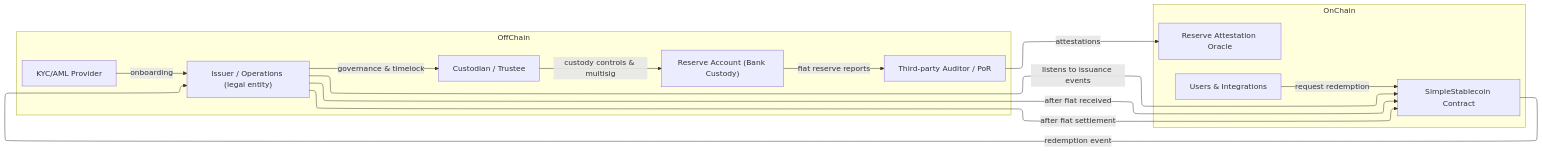
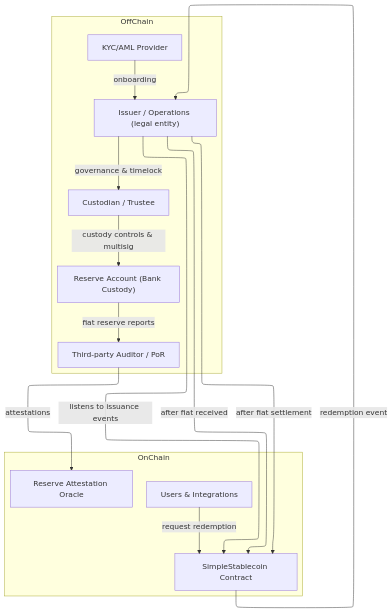
Before and after one commit to SaeedRafay/micar-aware-stablecoin-system: the diagram in ARCHITECTURE.md, drawn with Mermaid.

Commit message:
mermaid diagram updated

````diff
--- a/ARCHITECTURE.md
+++ b/ARCHITECTURE.md
@@ -70,31 +70,31 @@
 ```mermaid
 ---
 config:
   layout: elk
 ---
-flowchart LR
+flowchart TB
   subgraph OffChain
     BankCustody["Reserve Account (Bank Custody)"]
     Custodian["Custodian / Trustee"]
     IssuerOp["Issuer / Operations (legal entity)"]
     Auditor["Third-party Auditor / PoR"]
     KYC["KYC/AML Provider"]
   end
 
   subgraph OnChain
     Token["SimpleStablecoin Contract"]
     Oracles["Reserve Attestation Oracle"]
     Holders["Users & Integrations"]
   end
 
   BankCustody -- fiat reserve reports --> Auditor
   Auditor -- attestations --> Oracles
   IssuerOp -- listens to issuance events --> Token
   IssuerOp -- after fiat received --> Token
   Holders -- request redemption --> Token
   Token -- redemption event --> IssuerOp
   IssuerOp -- after fiat settlement --> Token
   KYC -- onboarding --> IssuerOp
   Custodian -- custody controls & multisig --> BankCustody
   IssuerOp -- governance & timelock --> Custodian
 ```
````
